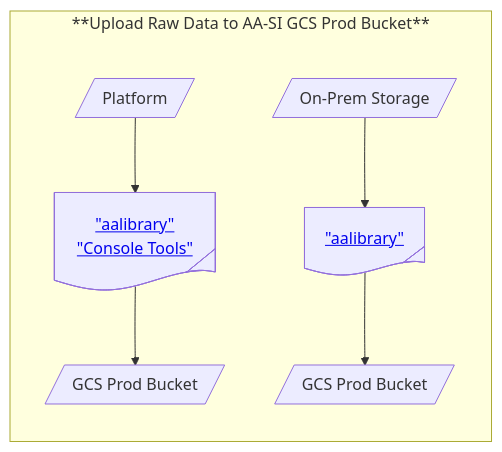
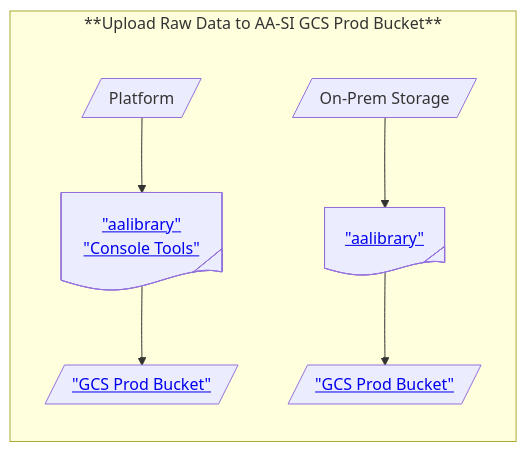
One commit to nmfs-ost/AA-SI_DataRoadMap changed the first of 6 diagrams in README.md. Above: the diagram before and after it, drawn with Mermaid.

Commit message:
Update flowchart links in README.md

````diff
--- a/README.md
+++ b/README.md
@@ -83,15 +83,15 @@
 ```mermaid
 ---
 config:
     flowchart:
         subGraphTitleMargin:
             "bottom": 30
 ---
 flowchart TB
     subgraph SG_L0_DataSource["**Upload Raw Data to AA-SI GCS Prod Bucket**"]
         direction TB
-        node_L0_SrcP@{shape: lean-r, label: "Platform"} --> node_L0_AA1@{ shape: tag-doc, label: <a href="https://nmfs-ost.github.io/AA-SI_aalibrary/documentation/aalibrary" target="_blank"> "aalibrary"</a><br> <a href="https://github.com/nmfs-ost/AA-SI_ConsoleTools" target="_blank"> "Console Tools" </a> } --> node_L0_GCS1@{shape: lean-r, label: "GCS Prod Bucket" }
-        node_L0_SrcOP@{shape: lean-r, label: "On-Prem Storage"} --> node_L0_AA2@{ shape: tag-doc, label: <a href="https://nmfs-ost.github.io/AA-SI_aalibrary/documentation/aalibrary" target="_blank"> "aalibrary"</a> } --> node_L0_GCS2@{shape: lean-r, label: "GCS Prod Bucket" }
+        node_L0_SrcP@{shape: lean-r, label: "Platform"} --> node_L0_AA1@{ shape: tag-doc, label: <a href="https://nmfs-ost.github.io/AA-SI_aalibrary/documentation/aalibrary" target="_blank"> "aalibrary"</a><br> <a href="https://github.com/nmfs-ost/AA-SI_ConsoleTools" target="_blank"> "Console Tools" </a> } --> node_L0_GCS1@{shape: lean-r, label: <a href="https://console.cloud.google.com/storage/browser/ggn-nmfs-aa-prod-1-data;tab=objects?hl=en&inv=1&invt=Ab4KlQ&project=ggn-nmfs-aa-prod-1&pageState=(%22StorageObjectListTable%22:(%22f%22:%22%255B%255D%22))&prefix=&forceOnObjectsSortingFiltering=false" target="_blank"> "GCS Prod Bucket" </a> }
+        node_L0_SrcOP@{shape: lean-r, label: "On-Prem Storage"} --> node_L0_AA2@{ shape: tag-doc, label: <a href="https://nmfs-ost.github.io/AA-SI_aalibrary/documentation/aalibrary" target="_blank"> "aalibrary"</a> } --> node_L0_GCS2@{shape: lean-r, label: <a href="https://console.cloud.google.com/storage/browser/ggn-nmfs-aa-prod-1-data;tab=objects?hl=en&inv=1&invt=Ab4KlQ&project=ggn-nmfs-aa-prod-1&pageState=(%22StorageObjectListTable%22:(%22f%22:%22%255B%255D%22))&prefix=&forceOnObjectsSortingFiltering=false" target="_blank"> "GCS Prod Bucket" </a> }
         %%style node_SrcOMAO color:blue
     end
 ```
````
